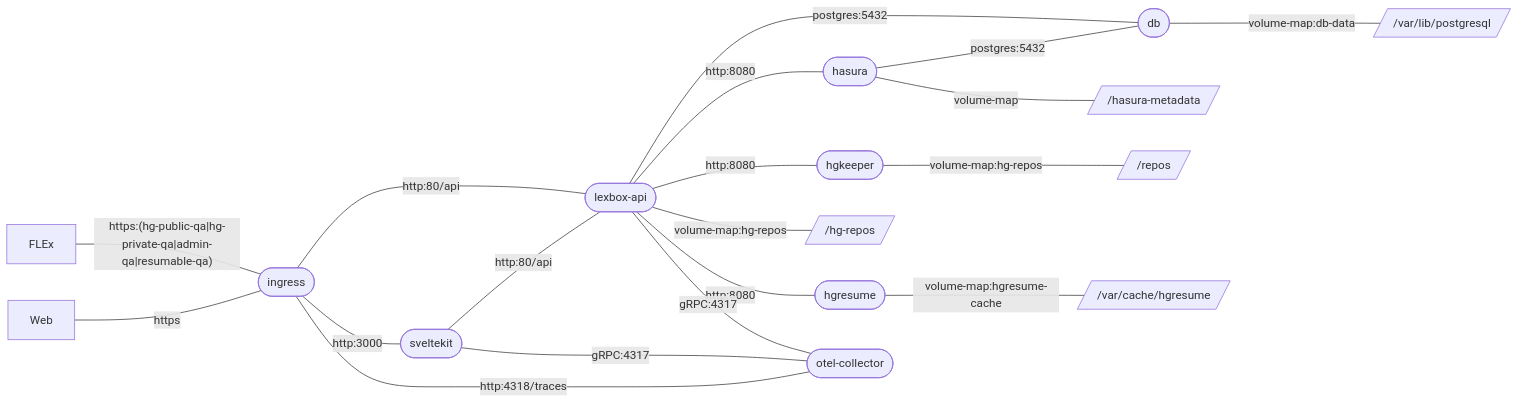
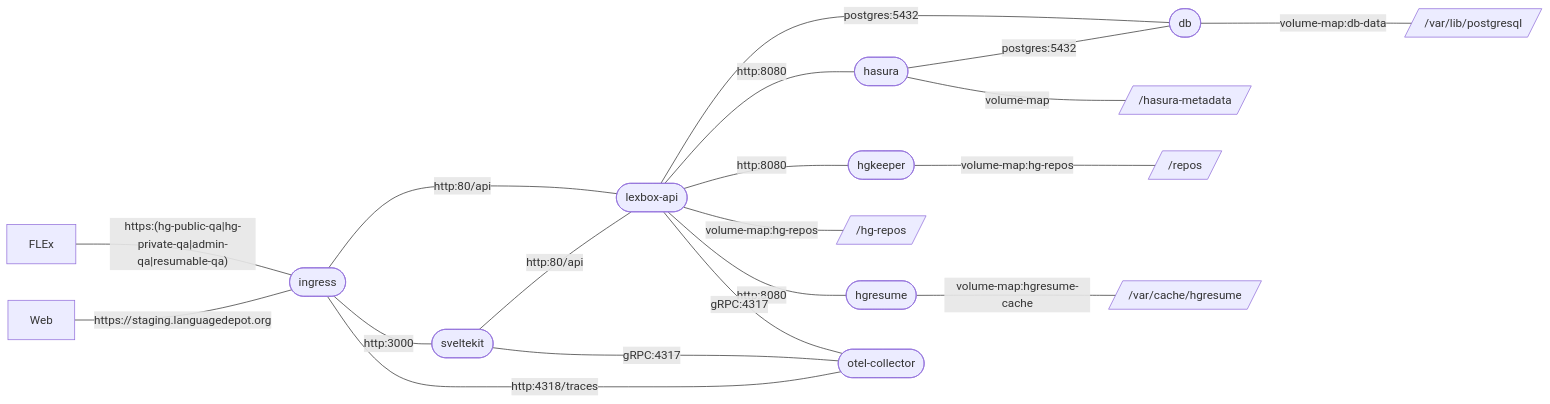
The third of 3 diagrams in README.md (sillsdev/languageforge-lexbox), drawn with Mermaid before and after one commit. The commit also changed 5 other files, not shown here.

````diff
--- a/README.md
+++ b/README.md
@@ -119,30 +119,30 @@
 ```mermaid
 
 flowchart LR
-    FLEx -- "https:(hg-public-qa|hg-private-qa|admin-qa|resumable-qa)" --- Proxy
-    Web -- https --- Proxy([ingress])
+    FLEx -- "https:(hg-public-qa|hg-private-qa|admin-qa|resumable-qa)" --- proxy
+    Web -- https://staging.languagedepot.org --- proxy([ingress])
 
-    Proxy -- http:80/api --- api([lexbox-api])
-    Proxy -- http:3000 --- node([sveltekit])
+    proxy -- http:80/api --- api([lexbox-api])
+    proxy -- http:3000 --- node([sveltekit])
 
     api -- postgres:5432 --- db([db])
     db -- volume-map:db-data --- data[//var/lib/postgresql/]
 
     api -- http:8080 --- hasura([hasura])
     hasura -- postgres:5432 --- db
     hasura -- volume-map --- metadata[//hasura-metadata/]
 
     api -- http:8080 --- hgkeeper([hgkeeper])
     hgkeeper -- volume-map:hg-repos --- repos[//repos/]
     api -- volume-map:hg-repos --- hg-repos[//hg-repos/]
 
     api -- http:8080 --- hgresume([hgresume])
     hgresume -- volume-map:hgresume-cache --- cache[//var/cache/hgresume/]
 
     node -- http:80/api --- api
 
     api -- gRPC:4317 --- otel-collector([otel-collector])
-    Proxy -- http:4318/traces --- otel-collector
+    proxy -- http:4318/traces --- otel-collector
     node -- gRPC:4317 --- otel-collector
 
 ```
````
